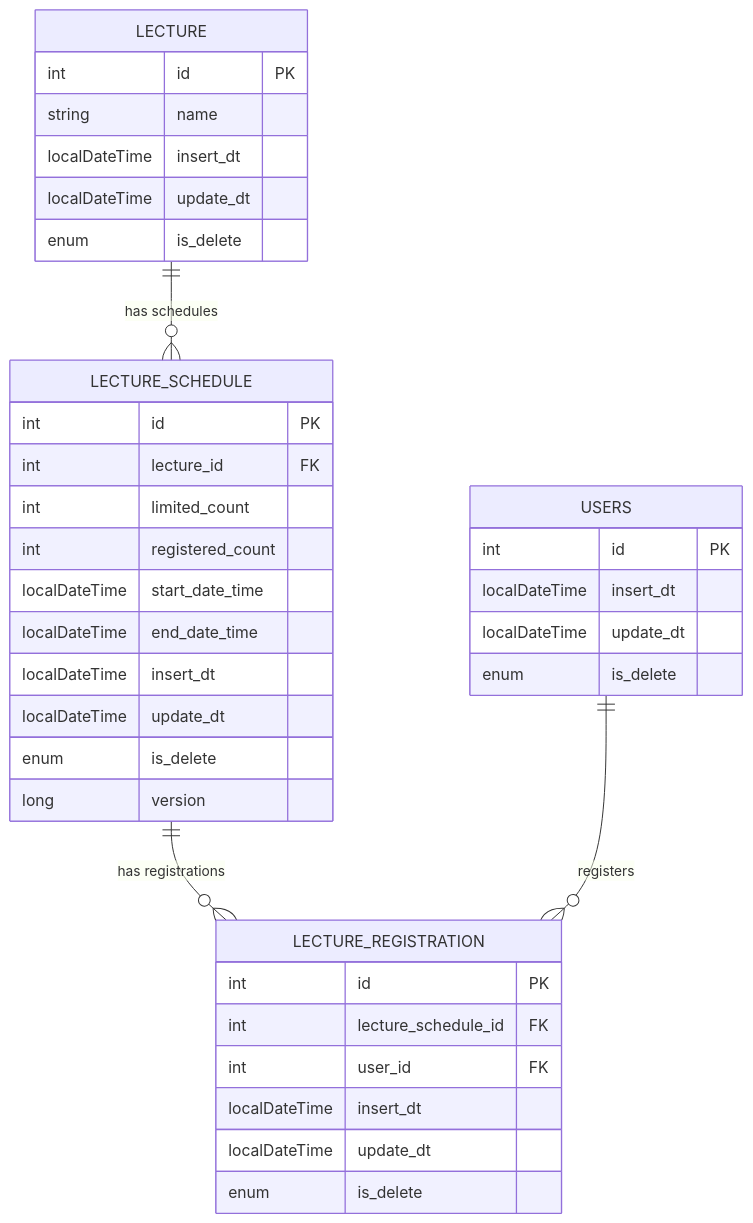
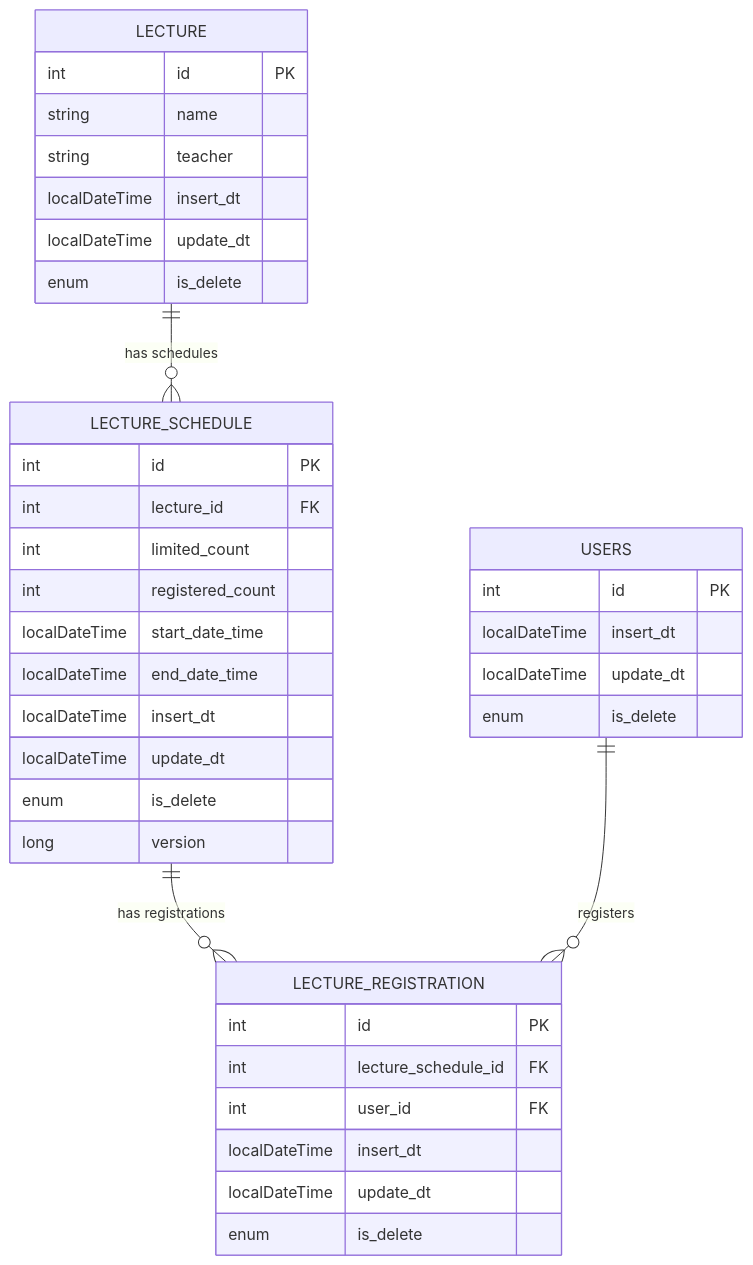
Before and after one commit to Cheondongmin/hhplus-cleanarchi-java: the diagram in README.md, drawn with Mermaid. The commit also changed other lines of this file and 19 other files, not shown here.

````diff
--- a/README.md
+++ b/README.md
@@ -27,43 +29,44 @@
 ```mermaid
 erDiagram
     LECTURE {
         int id PK
         string name
+        string teacher
         localDateTime insert_dt
         localDateTime update_dt
         enum is_delete
     }
 
     LECTURE_SCHEDULE {
         int id PK
         int lecture_id FK
         int limited_count
         int registered_count
         localDateTime start_date_time
         localDateTime end_date_time
         localDateTime insert_dt
         localDateTime update_dt
         enum is_delete
         long version
     }
 
     LECTURE_REGISTRATION {
         int id PK
         int lecture_schedule_id FK
         int user_id FK
         localDateTime insert_dt
         localDateTime update_dt
         enum is_delete
     }
 
     USERS {
         int id PK
         localDateTime insert_dt
         localDateTime update_dt
         enum is_delete
     }
 
     LECTURE ||--o{ LECTURE_SCHEDULE: "has schedules"
     LECTURE_SCHEDULE ||--o{ LECTURE_REGISTRATION: "has registrations"
     USERS ||--o{ LECTURE_REGISTRATION: "registers"
 ```
````
